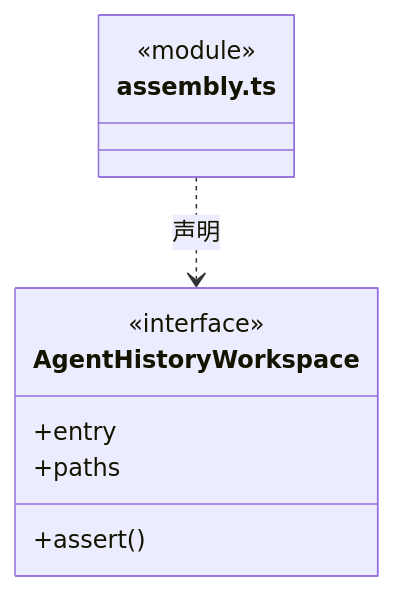
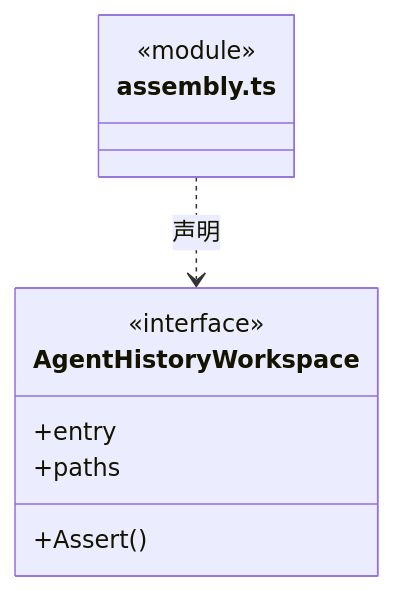
One commit to nan023062/cbim changed the second of 4 diagrams in src/logic/history/service/ARCHITECTURE.md. Above: the diagram before and after it, drawn with Mermaid. The commit also changed other lines of this file and 1035 other files, not shown here.

````diff
--- a/src/logic/history/service/ARCHITECTURE.md
+++ b/src/logic/history/service/ARCHITECTURE.md
@@ -32,13 +32,13 @@
 ```mermaid
 classDiagram
 class N_src_logic_history_service_assembly_ts["assembly.ts"] {
   <<module>>
 }
 class N_src_logic_history_service_assembly_ts_AgentHistoryWorkspace["AgentHistoryWorkspace"] {
   <<interface>>
   +entry
   +paths
-  +assert()
+  +Assert()
 }
 N_src_logic_history_service_assembly_ts ..> N_src_logic_history_service_assembly_ts_AgentHistoryWorkspace : 声明
 ```
````
